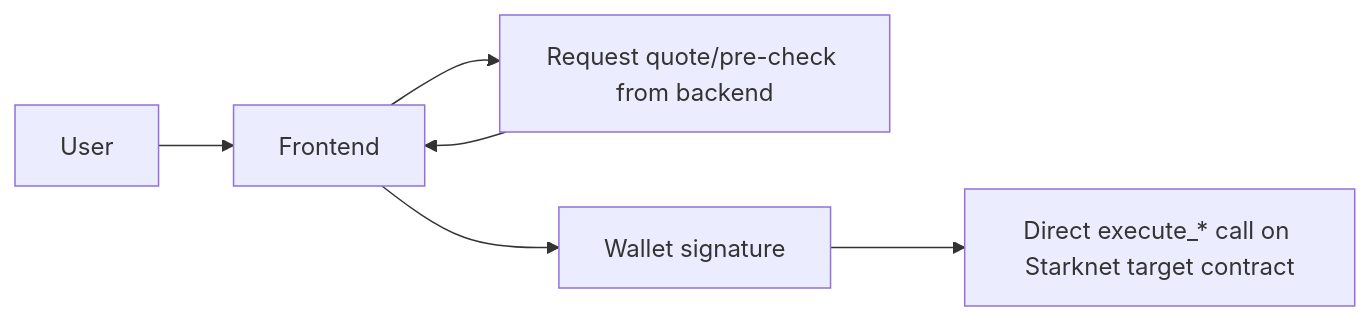
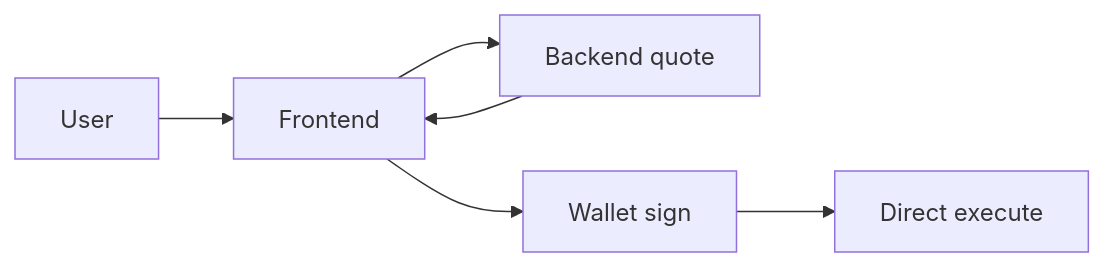
The second of 4 diagrams in frontend/README.md (ntfound-dev/zkcarel_protocol), drawn with Mermaid before and after one commit. The commit also changed other lines of this file, not shown here.

Commit message:
docs: simplify frontend Mermaid execution flow labels

````diff
--- a/frontend/README.md
+++ b/frontend/README.md
@@ -61,8 +61,8 @@
 ```mermaid
 flowchart LR
   U[User] --> FE[Frontend]
-  FE --> Q[Request quote/pre-check from backend]
+  FE --> Q[Backend quote]
   Q --> FE
-  FE --> W[Wallet signature]
-  W --> CHAIN[Direct execute_* call on Starknet target contract]
+  FE --> W[Wallet sign]
+  W --> CHAIN[Direct execute]
 ```
````
